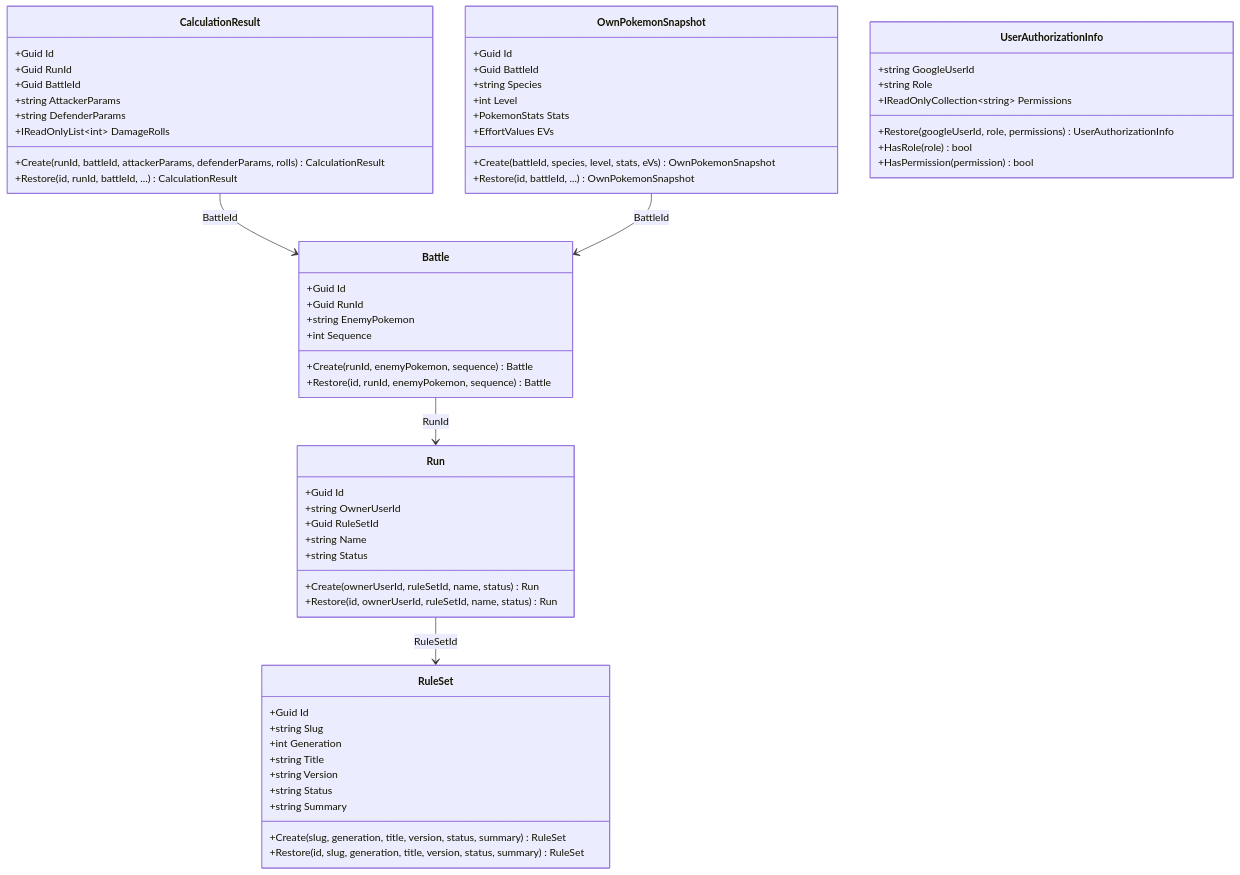
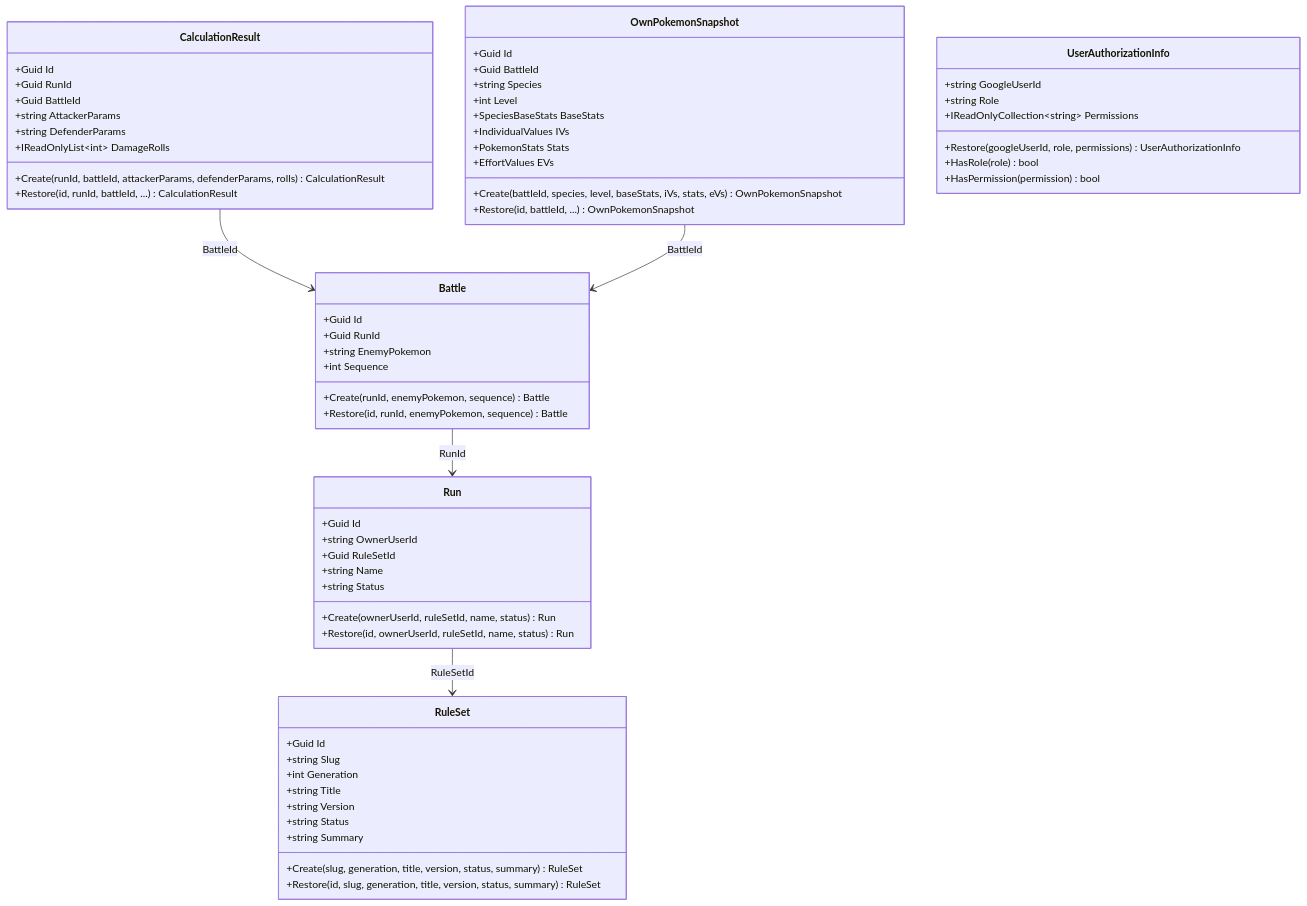
One commit to p-o-ke-nae/pokemondamagecalculatorforstory changed the diagram in docs/design/domain-model.md. Above: the diagram before and after it, drawn with Mermaid. The commit also changed other lines of this file and 23 other files, not shown here.

First line of the commit message:
feat(snapshot): model base stats and IVs

````diff
--- a/docs/design/domain-model.md
+++ b/docs/design/domain-model.md
@@ -316,69 +320,71 @@
 ```mermaid
 classDiagram
     class RuleSet {
         +Guid Id
         +string Slug
         +int Generation
         +string Title
         +string Version
         +string Status
         +string Summary
         +Create(slug, generation, title, version, status, summary) RuleSet
         +Restore(id, slug, generation, title, version, status, summary) RuleSet
     }
 
     class Run {
         +Guid Id
         +string OwnerUserId
         +Guid RuleSetId
         +string Name
         +string Status
         +Create(ownerUserId, ruleSetId, name, status) Run
         +Restore(id, ownerUserId, ruleSetId, name, status) Run
     }
 
     class Battle {
         +Guid Id
         +Guid RunId
         +string EnemyPokemon
         +int Sequence
         +Create(runId, enemyPokemon, sequence) Battle
         +Restore(id, runId, enemyPokemon, sequence) Battle
     }
 
     class CalculationResult {
         +Guid Id
         +Guid RunId
         +Guid BattleId
         +string AttackerParams
         +string DefenderParams
         +IReadOnlyList~int~ DamageRolls
         +Create(runId, battleId, attackerParams, defenderParams, rolls) CalculationResult
         +Restore(id, runId, battleId, ...) CalculationResult
     }
 
     class OwnPokemonSnapshot {
         +Guid Id
         +Guid BattleId
         +string Species
         +int Level
+        +SpeciesBaseStats BaseStats
+        +IndividualValues IVs
         +PokemonStats Stats
         +EffortValues EVs
-        +Create(battleId, species, level, stats, eVs) OwnPokemonSnapshot
+        +Create(battleId, species, level, baseStats, iVs, stats, eVs) OwnPokemonSnapshot
         +Restore(id, battleId, ...) OwnPokemonSnapshot
     }
 
     class UserAuthorizationInfo {
         +string GoogleUserId
         +string Role
         +IReadOnlyCollection~string~ Permissions
         +Restore(googleUserId, role, permissions) UserAuthorizationInfo
         +HasRole(role) bool
         +HasPermission(permission) bool
     }
 
     Run --> RuleSet : RuleSetId
     Battle --> Run : RunId
     CalculationResult --> Battle : BattleId
     OwnPokemonSnapshot --> Battle : BattleId
 ```
````
